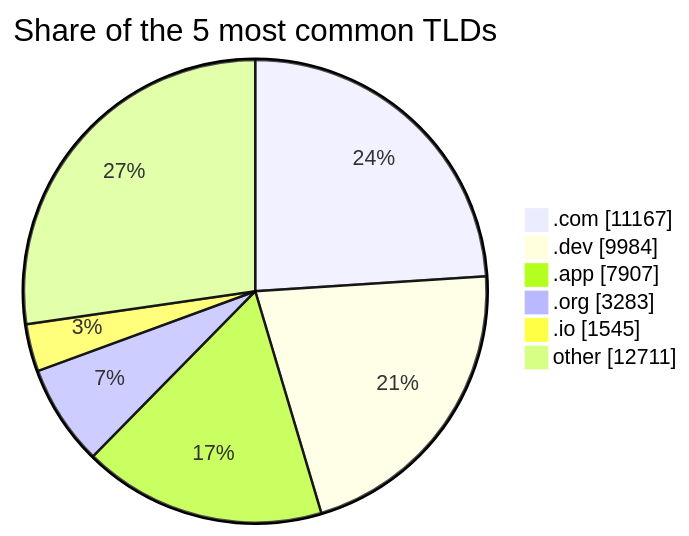
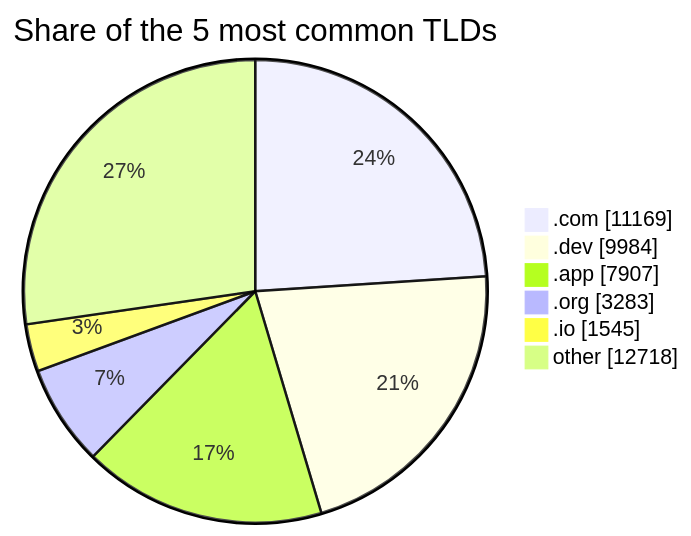
The third of 3 diagrams in README.md (DNSBunker/CTI), drawn with Mermaid before and after one commit. The commit also changed other lines of this file and 3 other files, not shown here.

````diff
--- a/README.md
+++ b/README.md
@@ -81,9 +81,9 @@
 ```mermaid
 pie showData title Share of the 5 most common TLDs
-    ".com" : 11167
+    ".com" : 11169
     ".dev" : 9984
     ".app" : 7907
     ".org" : 3283
     ".io" : 1545
-    "other" : 12711
+    "other" : 12718
 ```
````
